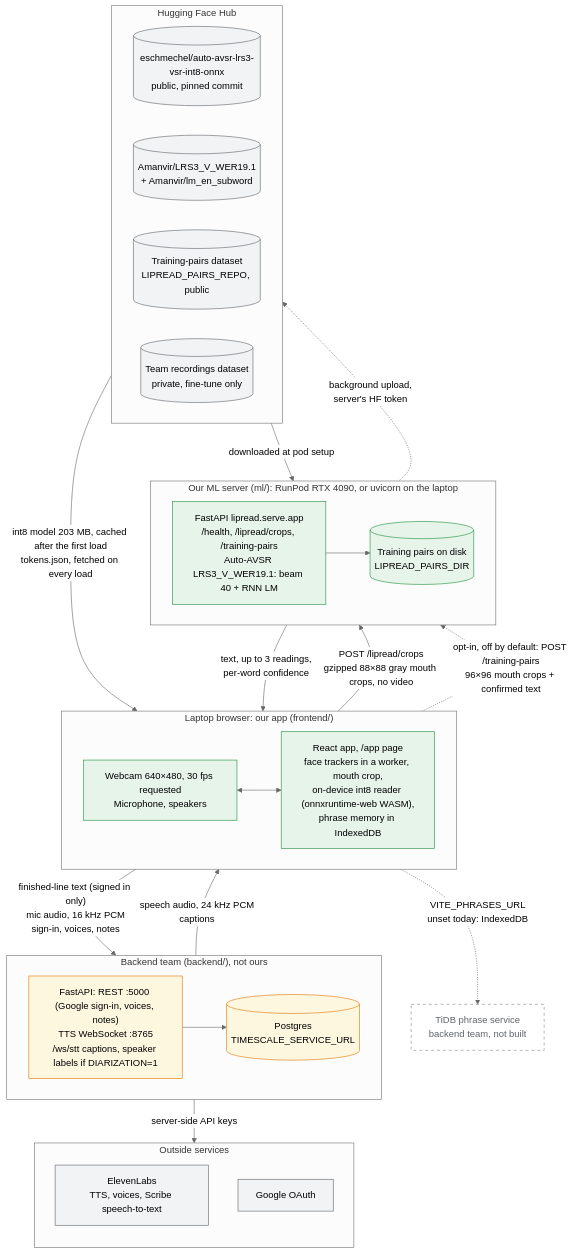
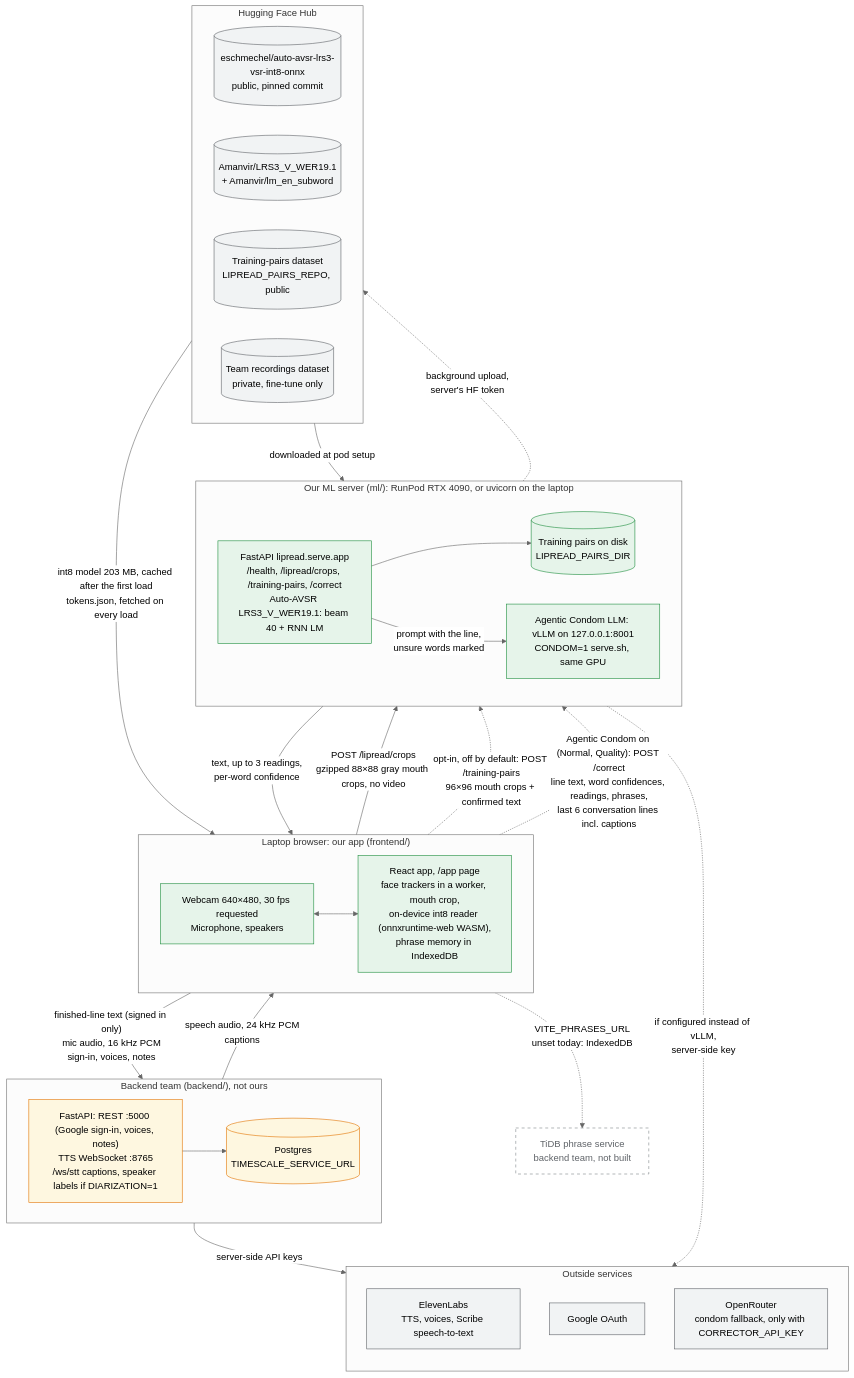
One commit to LMSAIH/stormhacks2026 changed the diagram in docs/architecture/system.md. Above: the diagram before and after it, drawn with Mermaid (neutral theme). The commit also changed other lines of this file and 11 other files, not shown here.

First line of the commit message:
docs(condom): design doc, diagrams; feat(ml): stricter bracket knob, app-eval A/B harness

````diff
--- a/docs/architecture/system.md
+++ b/docs/architecture/system.md
@@ -9,59 +9,64 @@
 ```mermaid
 flowchart TB
   subgraph browser["Laptop browser: our app (frontend/)"]
     direction LR
     io["Webcam 640×480, 30 fps requested<br/>Microphone, speakers"]
     app["React app, /app page<br/>face trackers in a worker, mouth crop,<br/>on-device int8 reader (onnxruntime-web WASM),<br/>phrase memory in IndexedDB"]
     io <--> app
   end
 
   subgraph ml["Our ML server (ml/): RunPod RTX 4090, or uvicorn on the laptop"]
     direction LR
-    api["FastAPI lipread.serve.app<br/>/health, /lipread/crops, /training-pairs<br/>Auto-AVSR LRS3_V_WER19.1: beam 40 + RNN LM"]
+    api["FastAPI lipread.serve.app<br/>/health, /lipread/crops, /training-pairs, /correct<br/>Auto-AVSR LRS3_V_WER19.1: beam 40 + RNN LM"]
     pairs[("Training pairs on disk<br/>LIPREAD_PAIRS_DIR")]
+    llm["Agentic Condom LLM: vLLM on 127.0.0.1:8001<br/>CONDOM=1 serve.sh, same GPU"]
     api --> pairs
+    api -->|"prompt with the line,<br/>unsure words marked"| llm
   end
 
   subgraph be["Backend team (backend/), not ours"]
     direction LR
     backend["FastAPI: REST :5000 (Google sign-in, voices, notes)<br/>TTS WebSocket :8765<br/>/ws/stt captions, speaker labels if DIARIZATION=1"]
     db[("Postgres<br/>TIMESCALE_SERVICE_URL")]
     backend --> db
   end
 
   subgraph hf["Hugging Face Hub"]
     direction LR
     model[("eschmechel/auto-avsr-lrs3-vsr-int8-onnx<br/>public, pinned commit")]
     ckpt[("Amanvir/LRS3_V_WER19.1<br/>+ Amanvir/lm_en_subword")]
     pairsds[("Training-pairs dataset<br/>LIPREAD_PAIRS_REPO, public")]
     recds[("Team recordings dataset<br/>private, fine-tune only")]
   end
 
   subgraph ext["Outside services"]
     direction TB
     el["ElevenLabs<br/>TTS, voices, Scribe speech-to-text"]
     google["Google OAuth"]
+    orouter["OpenRouter<br/>condom fallback, only with CORRECTOR_API_KEY"]
   end
 
   tidb["TiDB phrase service<br/>backend team, not built"]
 
   model -->|"int8 model 203 MB, cached after the first load<br/>tokens.json, fetched on every load"| app
   app -->|"POST /lipread/crops<br/>gzipped 88×88 gray mouth crops, no video"| api
   api -->|"text, up to 3 readings,<br/>per-word confidence"| app
   app -.->|"opt-in, off by default: POST /training-pairs<br/>96×96 mouth crops + confirmed text"| api
+  app -.->|"Agentic Condom on (Normal, Quality): POST /correct<br/>line text, word confidences, readings, phrases,<br/>last 6 conversation lines incl. captions"| api
+  api -.->|"if configured instead of vLLM,<br/>server-side key"| orouter
   pairs -.->|"background upload,<br/>server's HF token"| pairsds
   ckpt -->|"downloaded at pod setup"| api
   app -->|"finished-line text (signed in only)<br/>mic audio, 16 kHz PCM<br/>sign-in, voices, notes"| backend
   backend -->|"speech audio, 24 kHz PCM<br/>captions"| app
   backend -->|"server-side API keys"| ext
   app -.->|"VITE_PHRASES_URL<br/>unset today: IndexedDB"| tidb
 
   classDef ours fill:#e6f4ea,stroke:#1e8e3e,color:#000
   classDef backendteam fill:#fef7e0,stroke:#e37400,color:#000
   classDef outside fill:#f1f3f4,stroke:#5f6368,color:#000
   classDef planned fill:#ffffff,stroke:#80868b,stroke-dasharray:5 5,color:#5f6368
-  class io,app,api,pairs ours
+  class io,app,api,pairs,llm ours
   class backend,db backendteam
-  class el,google,model,ckpt,pairsds,recds outside
+  class el,google,orouter,model,ckpt,pairsds,recds outside
   class tidb planned
 ```
````
